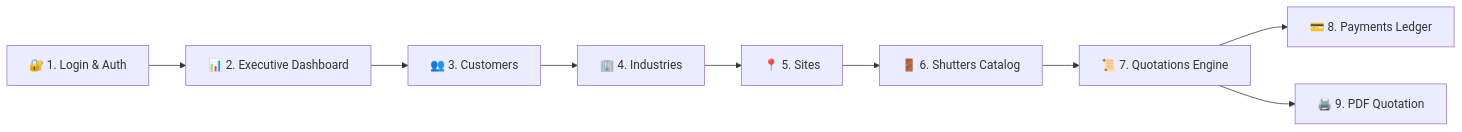
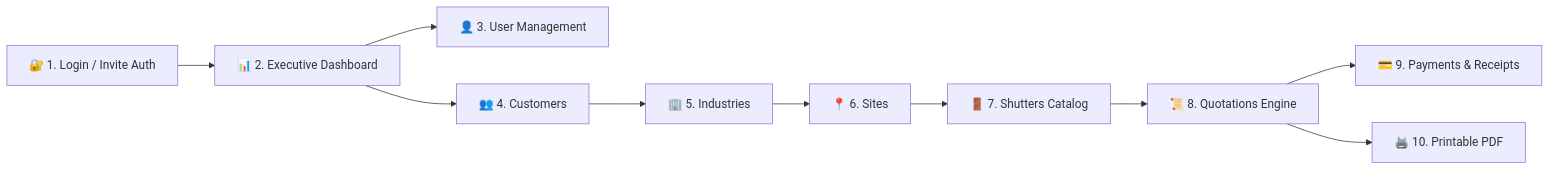
The diagram in README.md (Dhruvil82599/Swagat-Industries-ERP-System), drawn with Mermaid before and after one commit. The commit also changed other lines of this file and 3 other files, not shown here.

Commit message:
feat: add user authentication with login page, auth context, and backend controller

````diff
--- a/README.md
+++ b/README.md
@@ -19,11 +19,12 @@
 ```mermaid
 flowchart LR
-    A["🔐 1. Login & Auth"] --> B["📊 2. Executive Dashboard"]
-    B --> C["👥 3. Customers"]
-    C --> D["🏢 4. Industries"]
-    D --> E["📍 5. Sites"]
-    E --> F["🚪 6. Shutters Catalog"]
-    F --> G["📜 7. Quotations Engine"]
-    G --> H["💳 8. Payments Ledger"]
-    G --> I["🖨️ 9. PDF Quotation"]
+    A["🔐 1. Login / Invite Auth"] --> B["📊 2. Executive Dashboard"]
+    B --> C["👤 3. User Management"]
+    B --> D["👥 4. Customers"]
+    D --> E["🏢 5. Industries"]
+    E --> F["📍 6. Sites"]
+    F --> G["🚪 7. Shutters Catalog"]
+    G --> H["📜 8. Quotations Engine"]
+    H --> I["💳 9. Payments & Receipts"]
+    H --> J["🖨️ 10. Printable PDF"]
 ```
````
